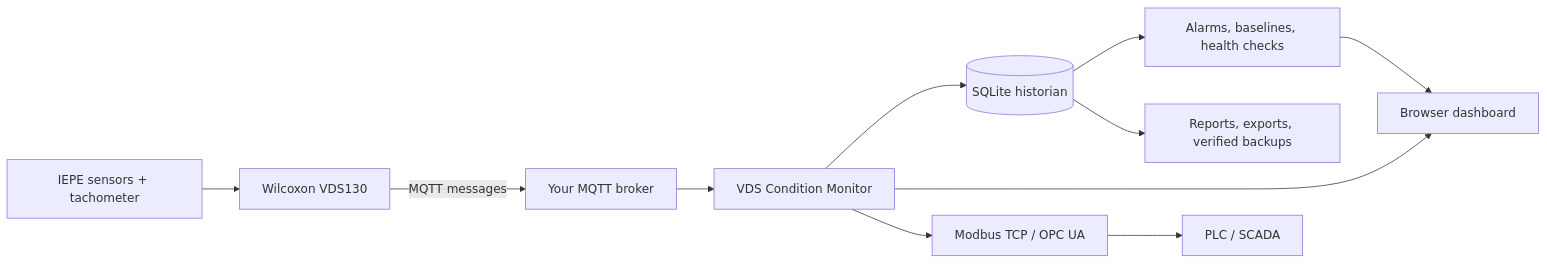
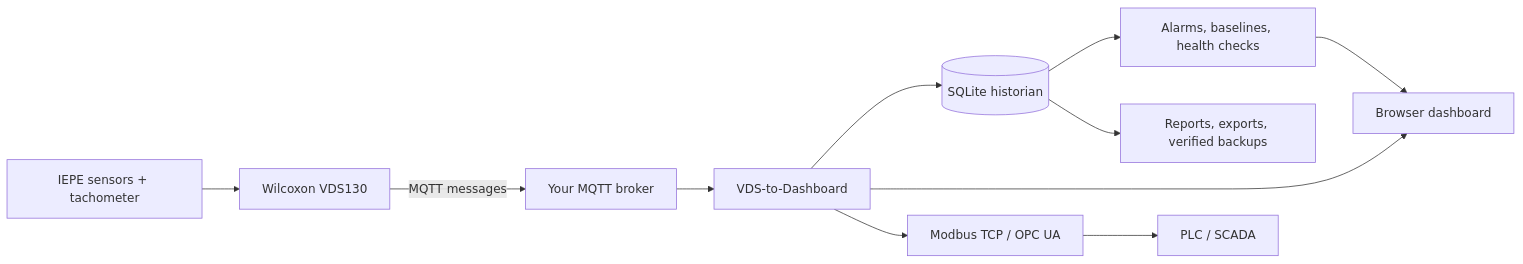
The diagram in README.md (dineshpalsingh1989/VDS-to-Dashboard), drawn with Mermaid before and after one commit. The commit also changed other lines of this file and 14 other files, not shown here.

Commit message:
Rename project display name to VDS-to-Dashboard

````diff
--- a/README.md
+++ b/README.md
@@ -83,13 +85,13 @@
 ```mermaid
 flowchart LR
     Sensors["IEPE sensors + tachometer"] --> VDS["Wilcoxon VDS130"]
     VDS -->|MQTT messages| Broker["Your MQTT broker"]
-    Broker --> App["VDS Condition Monitor"]
+    Broker --> App["VDS-to-Dashboard"]
     App --> DB[("SQLite historian")]
     App --> UI["Browser dashboard"]
     DB --> Analysis["Alarms, baselines, health checks"]
     Analysis --> UI
     DB --> Files["Reports, exports, verified backups"]
     App --> Gateway["Modbus TCP / OPC UA"]
     Gateway --> PLC["PLC / SCADA"]
 ```
````
